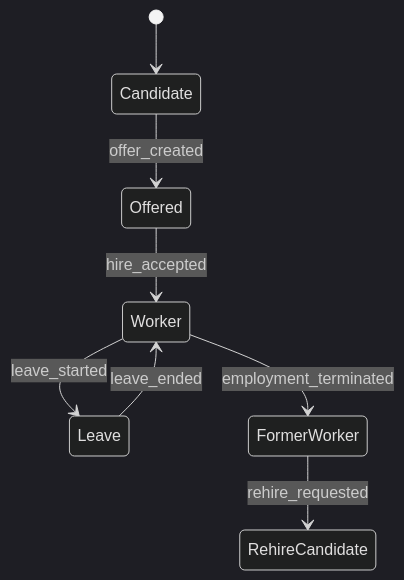
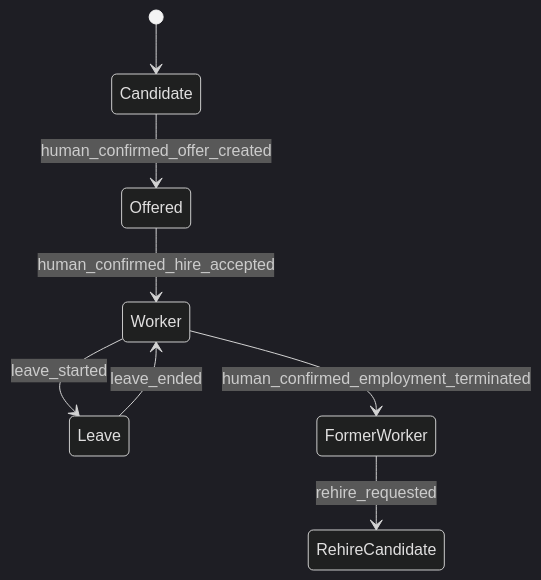
The third of 3 diagrams in docs/UML.md (ContextualWisdomLab/Orgmetra), drawn with Mermaid (dark theme) before and after one commit. The commit also changed other lines of this file, not shown here.

Commit message:
docs(uml): enforce review-confirm-record-audit flow

````diff
--- a/docs/UML.md
+++ b/docs/UML.md
@@ -44,10 +77,10 @@
 ```mermaid
 stateDiagram-v2
     [*] --> Candidate
-    Candidate --> Offered: offer_created
-    Offered --> Worker: hire_accepted
+    Candidate --> Offered: human_confirmed_offer_created
+    Offered --> Worker: human_confirmed_hire_accepted
     Worker --> Leave: leave_started
     Leave --> Worker: leave_ended
-    Worker --> FormerWorker: employment_terminated
+    Worker --> FormerWorker: human_confirmed_employment_terminated
     FormerWorker --> RehireCandidate: rehire_requested
 ```
````
